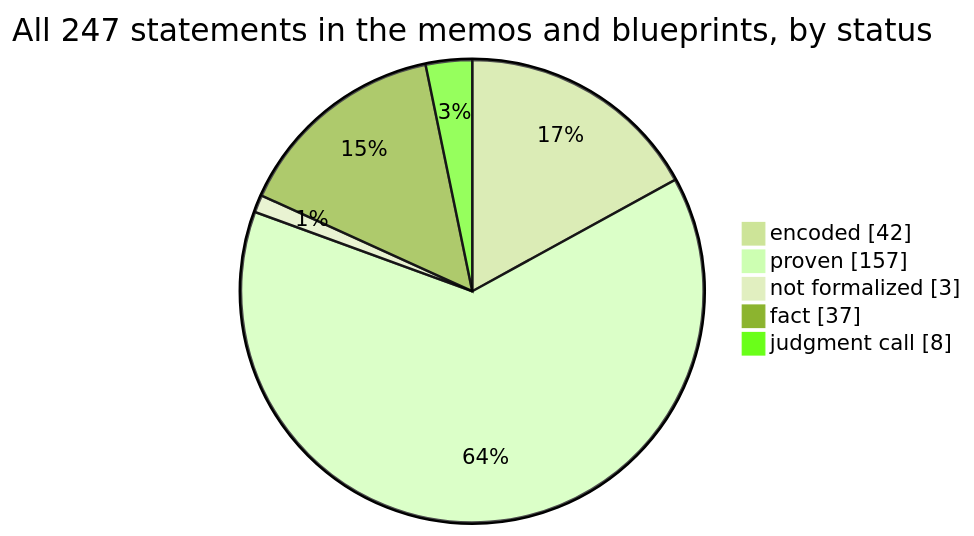
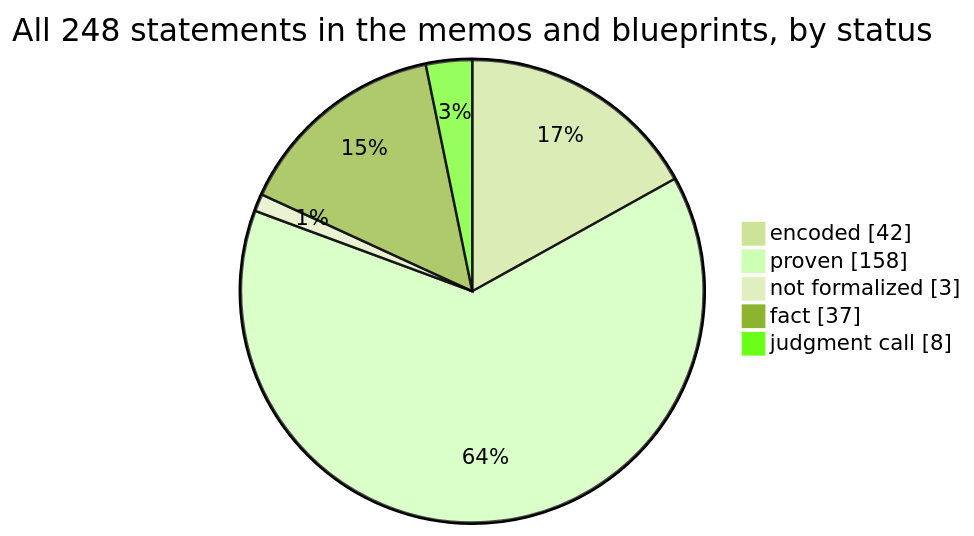
Before and after one commit to SeanWMurray/Canteen: the first of 4 diagrams in docs/graphs/dashboard.md, drawn with Mermaid (forest theme). The commit also changed other lines of this file and 16 other files, not shown here.

````diff
--- a/docs/graphs/dashboard.md
+++ b/docs/graphs/dashboard.md
@@ -11,8 +11,8 @@
 ```mermaid
-pie showData title All 247 statements in the memos and blueprints, by status
+pie showData title All 248 statements in the memos and blueprints, by status
     "encoded" : 42
-    "proven" : 157
+    "proven" : 158
     "not formalized" : 3
     "fact" : 37
     "judgment call" : 8
 ```
````
